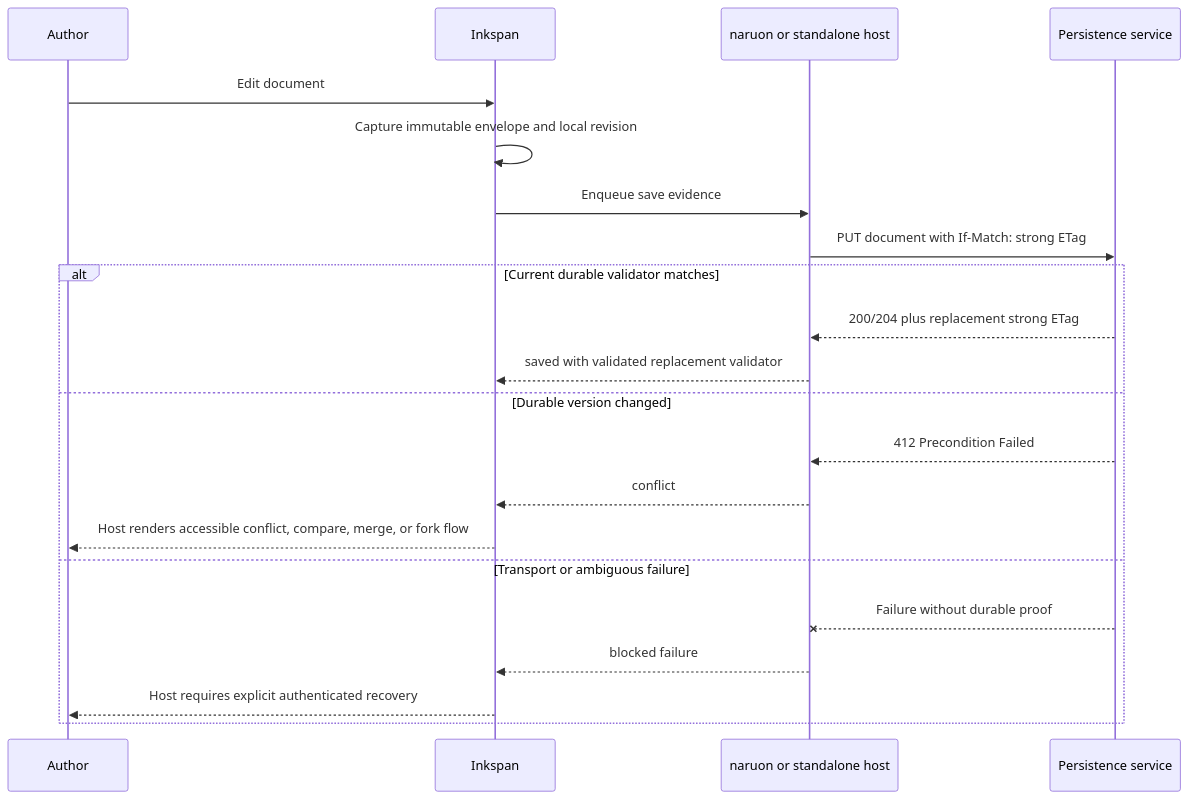
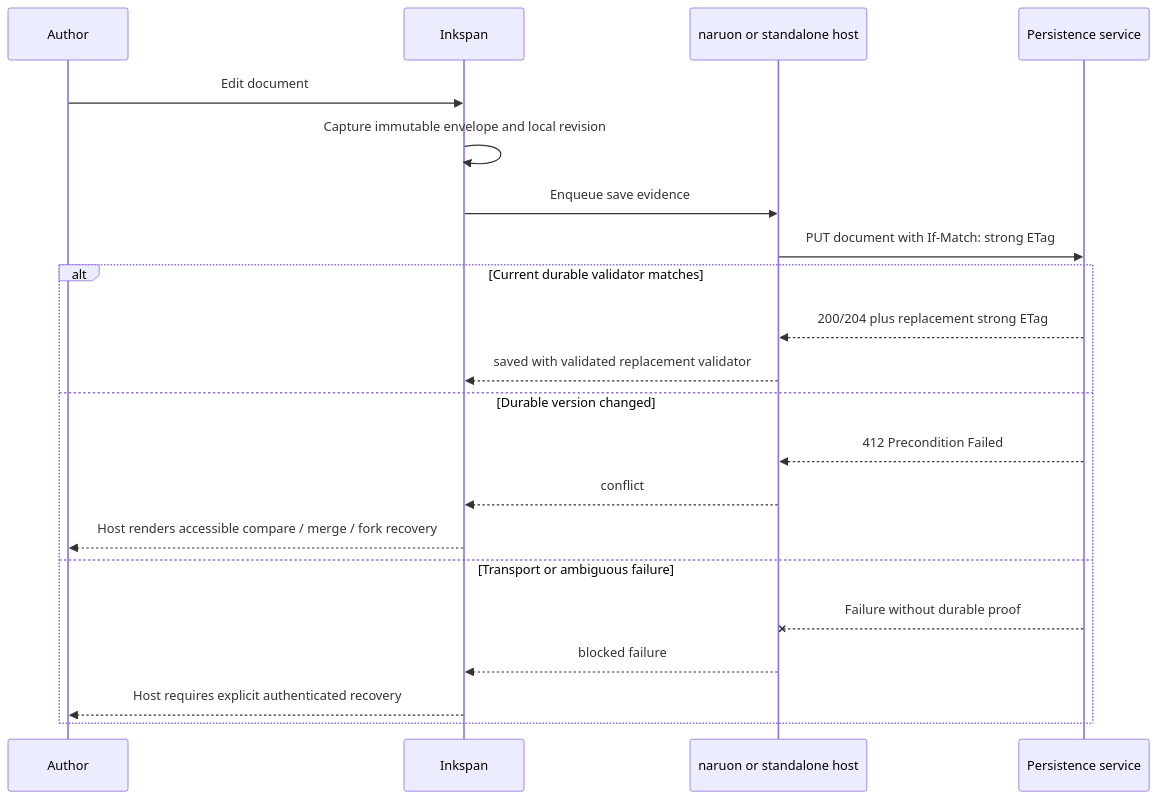
Before and after one commit to ContextualWisdomLab/inkspan: the third of 3 diagrams in ARCHITECTURE.md, drawn with Mermaid. The commit also changed other lines of this file, not shown here.

Commit message:
docs(architecture): reconcile package and presentation boundaries

````diff
--- a/ARCHITECTURE.md
+++ b/ARCHITECTURE.md
@@ -103,24 +138,24 @@
 ```mermaid
 sequenceDiagram
   participant U as Author
   participant I as Inkspan
   participant H as naruon or standalone host
   participant S as Persistence service
 
   U->>I: Edit document
   I->>I: Capture immutable envelope and local revision
   I->>H: Enqueue save evidence
   H->>S: PUT document with If-Match: strong ETag
   alt Current durable validator matches
     S-->>H: 200/204 plus replacement strong ETag
     H-->>I: saved with validated replacement validator
   else Durable version changed
     S-->>H: 412 Precondition Failed
     H-->>I: conflict
-    I-->>U: Host renders accessible conflict, compare, merge, or fork flow
+    I-->>U: Host renders accessible compare / merge / fork recovery
   else Transport or ambiguous failure
     S--xH: Failure without durable proof
     H-->>I: blocked failure
     I-->>U: Host requires explicit authenticated recovery
   end
 ```
````
